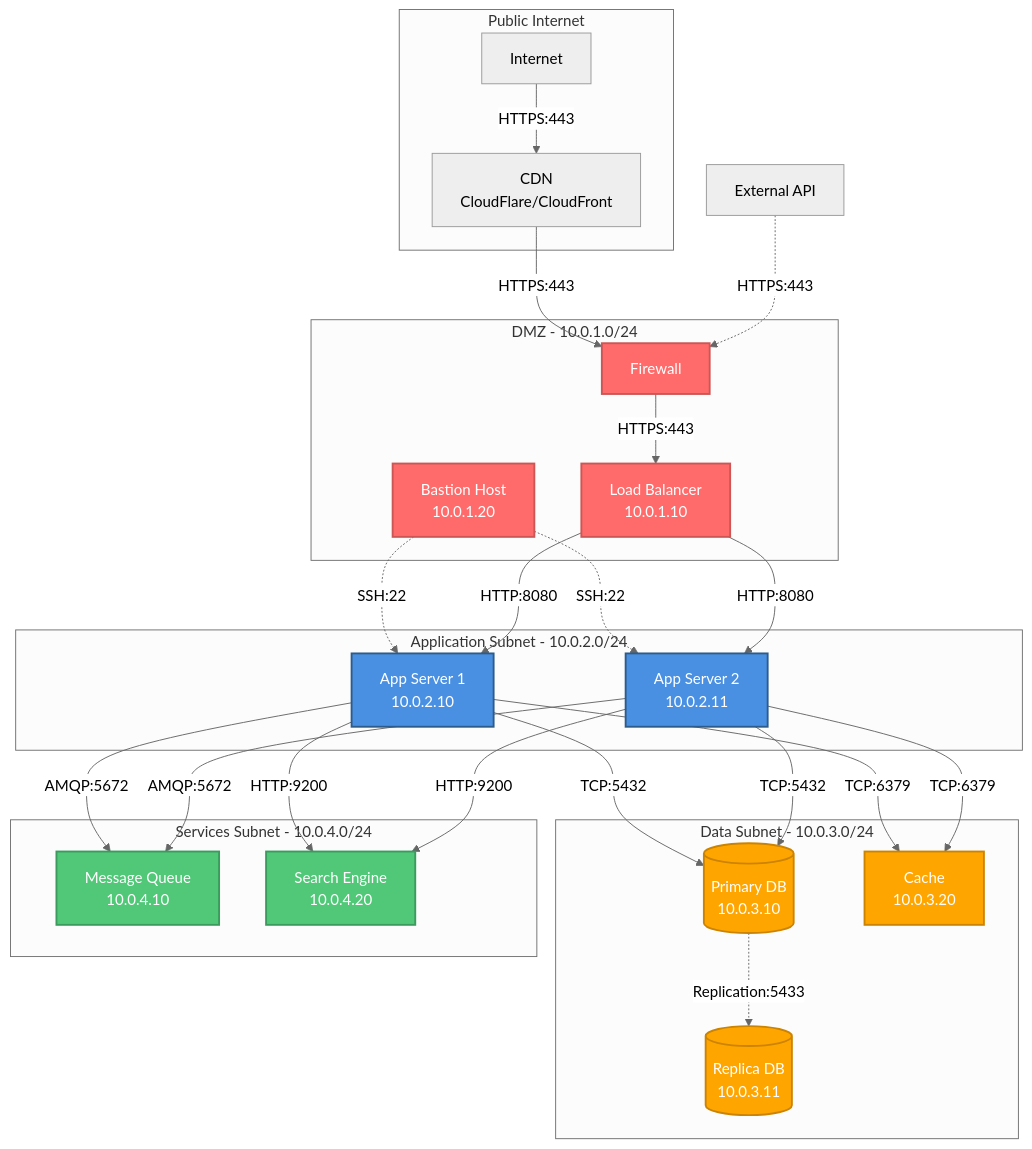
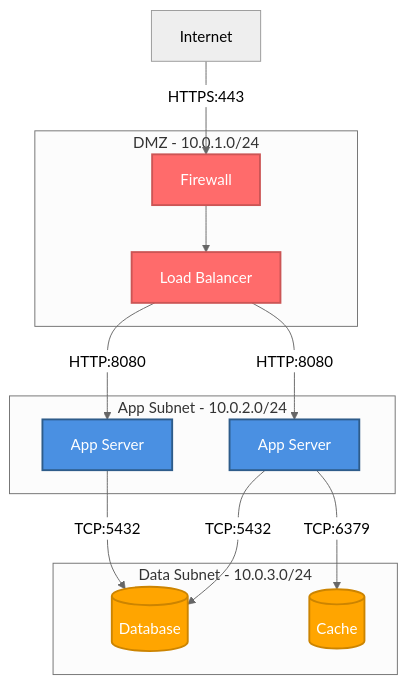
One commit to Duccci/Zenos-Planner changed the diagram in templates/architecture-templates/network-diagram-template.md. Above: the diagram before and after it, drawn with Mermaid (neutral theme). The commit also changed other lines of this file and 155 other files, not shown here.

````diff
--- a/templates/architecture-templates/network-diagram-template.md
+++ b/templates/architecture-templates/network-diagram-template.md
@@ -15,65 +14,33 @@
 ```mermaid
 graph TB
-    subgraph "Public Internet"
-        Internet[Internet]
-        CDN[CDN<br/>CloudFlare/CloudFront]
+    subgraph "DMZ - 10.0.1.0/24"
+        FW[Firewall]
+        LB[Load Balancer]
     end
-    
-    subgraph "DMZ - 10.0.1.0/24"
-        FW1[Firewall]
-        LB[Load Balancer<br/>10.0.1.10]
-        Bastion[Bastion Host<br/>10.0.1.20]
+
+    subgraph "App Subnet - 10.0.2.0/24"
+        App1[App Server]
+        App2[App Server]
     end
-    
-    subgraph "Application Subnet - 10.0.2.0/24"
-        App1[App Server 1<br/>10.0.2.10]
-        App2[App Server 2<br/>10.0.2.11]
+
+    subgraph "Data Subnet - 10.0.3.0/24"
+        DB[(Database)]
+        Cache[(Cache)]
     end
-    
-    subgraph "Data Subnet - 10.0.3.0/24"
-        DB1[(Primary DB<br/>10.0.3.10)]
-        DB2[(Replica DB<br/>10.0.3.11)]
-        Cache[Cache<br/>10.0.3.20]
-    end
-    
-    subgraph "Services Subnet - 10.0.4.0/24"
-        Queue[Message Queue<br/>10.0.4.10]
-        Search[Search Engine<br/>10.0.4.20]
-    end
-    
-    Internet -->|HTTPS:443| CDN
-    CDN -->|HTTPS:443| FW1
-    FW1 -->|HTTPS:443| LB
-    
-    Bastion -.->|SSH:22| App1
-    Bastion -.->|SSH:22| App2
-    
+
+    Internet[Internet] -->|HTTPS:443| FW
+    FW --> LB
     LB -->|HTTP:8080| App1
     LB -->|HTTP:8080| App2
-    
-    App1 -->|TCP:5432| DB1
-    App2 -->|TCP:5432| DB1
-    DB1 -.->|Replication:5433| DB2
-    
+    App1 -->|TCP:5432| DB
+    App2 -->|TCP:5432| DB
     App1 -->|TCP:6379| Cache
-    App2 -->|TCP:6379| Cache
-    
-    App1 -->|AMQP:5672| Queue
-    App2 -->|AMQP:5672| Queue
-    
-    App1 -->|HTTP:9200| Search
-    App2 -->|HTTP:9200| Search
-    
-    External[External API] -.->|HTTPS:443| FW1
-    
-    %% Styling
-    classDef dmzStyle fill:#FF6B6B,stroke:#CC5555,stroke-width:2px,color:#fff
-    classDef appStyle fill:#4A90E2,stroke:#2E5C8A,stroke-width:2px,color:#fff
-    classDef dataStyle fill:#FFA500,stroke:#CC8400,stroke-width:2px,color:#fff
-    classDef serviceStyle fill:#50C878,stroke:#3A9B5C,stroke-width:2px,color:#fff
-    
-    class FW1,LB,Bastion dmzStyle
-    class App1,App2 appStyle
-    class DB1,DB2,Cache dataStyle
-    class Queue,Search serviceStyle
+
+    classDef dmz fill:#FF6B6B,stroke:#CC5555,stroke-width:2px,color:#fff
+    classDef app fill:#4A90E2,stroke:#2E5C8A,stroke-width:2px,color:#fff
+    classDef data fill:#FFA500,stroke:#CC8400,stroke-width:2px,color:#fff
+
+    class FW,LB dmz
+    class App1,App2 app
+    class DB,Cache data
 ```
````
